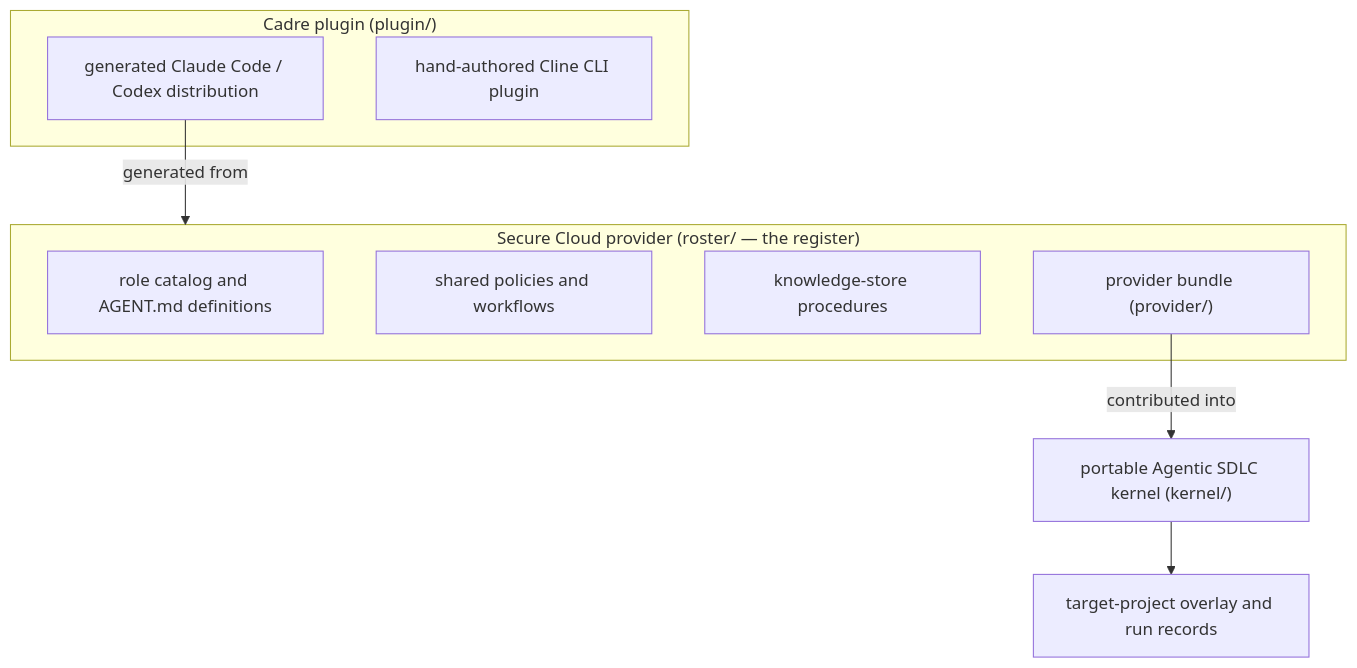
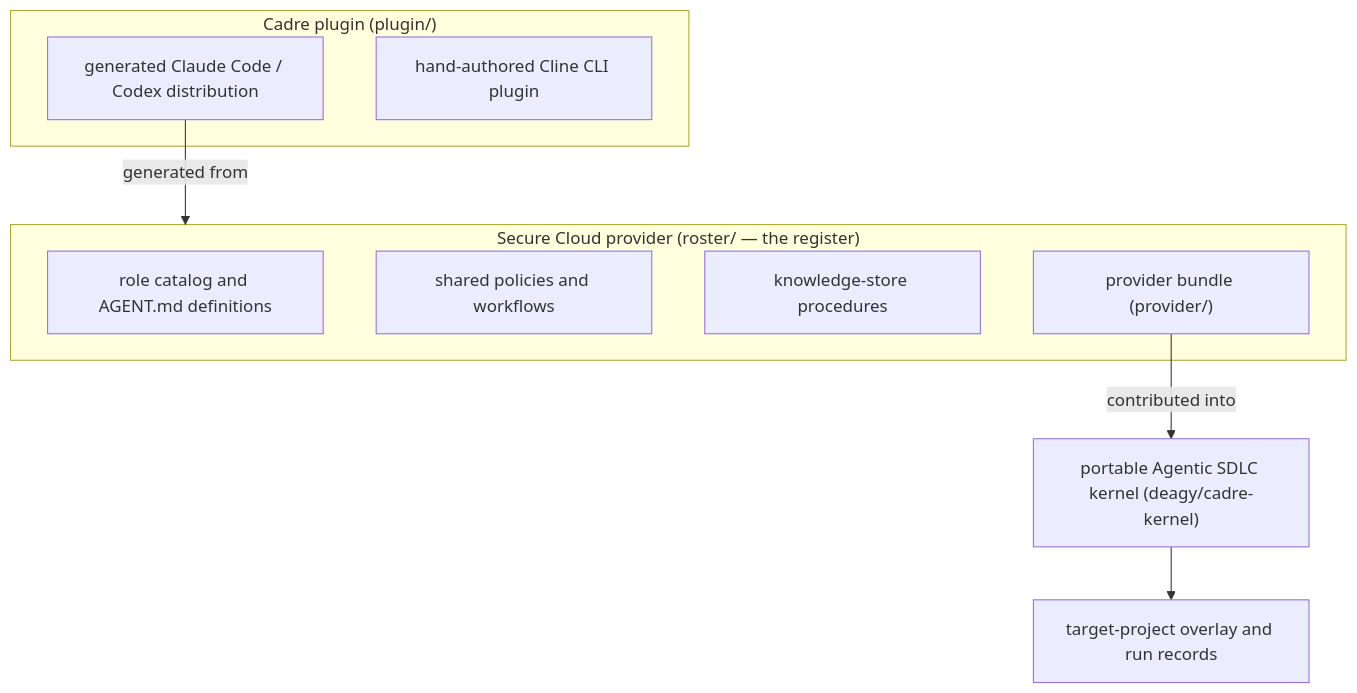
Before and after one commit to deagy/cadre: the diagram in docs/terminology.md, drawn with Mermaid. The commit also changed other lines of this file and 3 other files, not shown here.

````diff
--- a/docs/terminology.md
+++ b/docs/terminology.md
@@ -37,19 +39,19 @@
 ```mermaid
 graph TD
-    K["portable Agentic SDLC kernel (kernel/)"] --> O["target-project overlay and run records"]
+    K["portable Agentic SDLC kernel (deagy/cadre-kernel)"] --> O["target-project overlay and run records"]
 
     subgraph P["Secure Cloud provider (roster/ — the register)"]
         P1["role catalog and AGENT.md definitions"]
         P2["shared policies and workflows"]
         P3["knowledge-store procedures"]
         P4["provider bundle (provider/)"]
     end
 
     subgraph L["Cadre plugin (plugin/)"]
         L1["generated Claude Code / Codex distribution"]
         L2["hand-authored Cline CLI plugin"]
     end
 
     P4 -- "contributed into" --> K
     L1 -- "generated from" --> P
 ```
````
